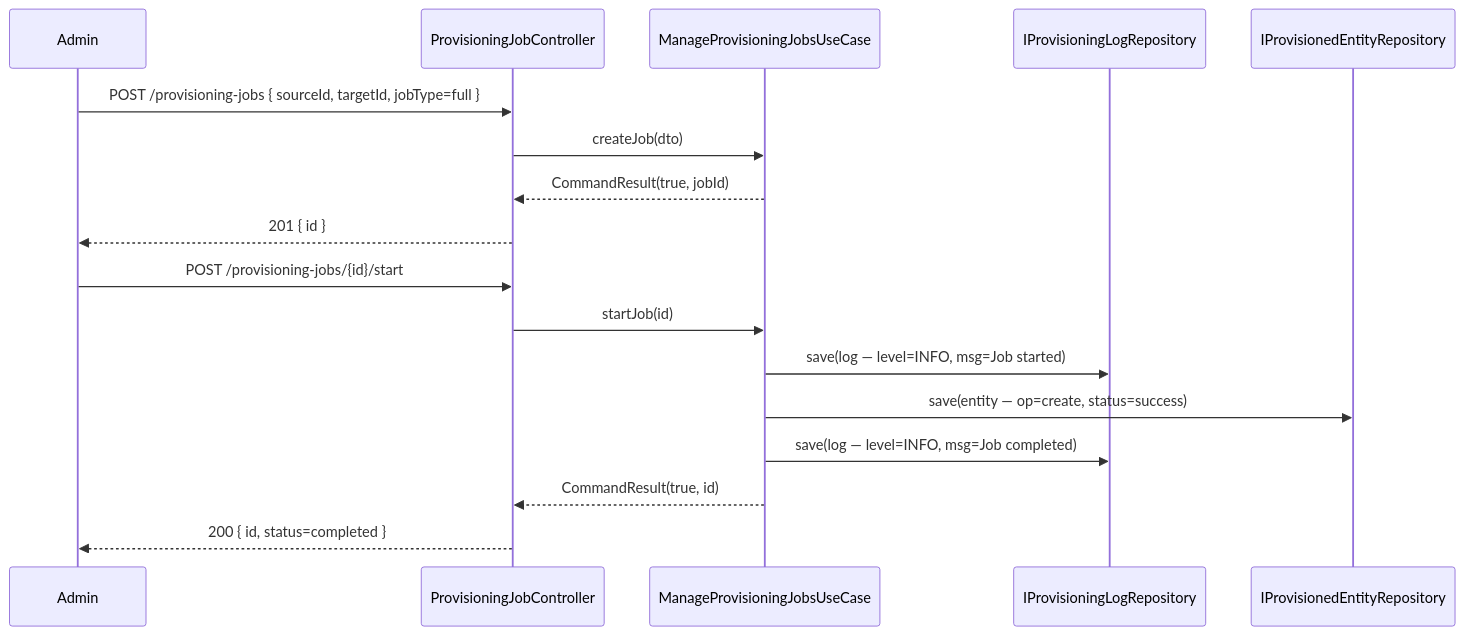
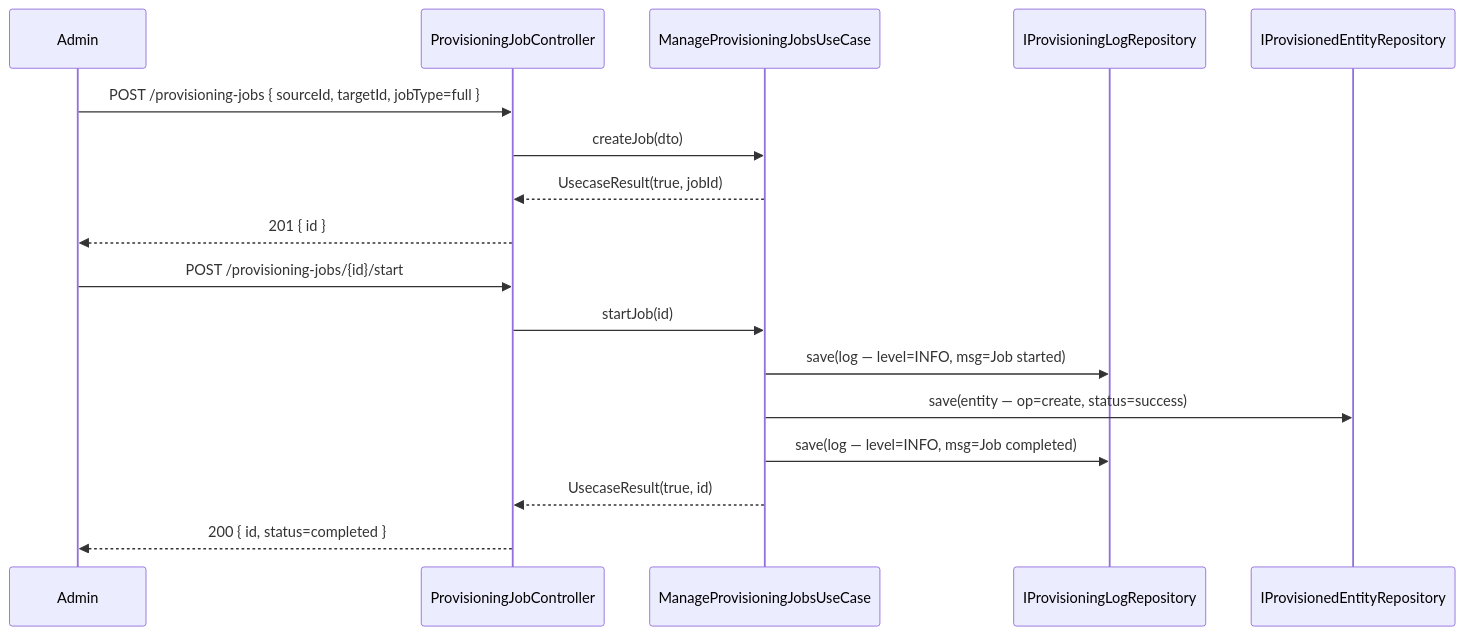
The third of 3 diagrams in identity-provisioning/UML.md (UIMSolutions/uim-platform), drawn with Mermaid before and after one commit. The commit also changed 907 other files, not shown here.

Commit message:
Rename CommandResult

````diff
--- a/identity-provisioning/UML.md
+++ b/identity-provisioning/UML.md
@@ -130,21 +130,21 @@
 ```mermaid
 sequenceDiagram
     participant Admin
     participant JC as ProvisioningJobController
     participant JUC as ManageProvisioningJobsUseCase
     participant LR as IProvisioningLogRepository
     participant ER as IProvisionedEntityRepository
 
     Admin->>JC: POST /provisioning-jobs { sourceId, targetId, jobType=full }
     JC->>JUC: createJob(dto)
-    JUC-->>JC: CommandResult(true, jobId)
+    JUC-->>JC: UsecaseResult(true, jobId)
     JC-->>Admin: 201 { id }
 
     Admin->>JC: POST /provisioning-jobs/{id}/start
     JC->>JUC: startJob(id)
     JUC->>LR: save(log — level=INFO, msg=Job started)
     JUC->>ER: save(entity — op=create, status=success)
     JUC->>LR: save(log — level=INFO, msg=Job completed)
-    JUC-->>JC: CommandResult(true, id)
+    JUC-->>JC: UsecaseResult(true, id)
     JC-->>Admin: 200 { id, status=completed }
 ```
````
